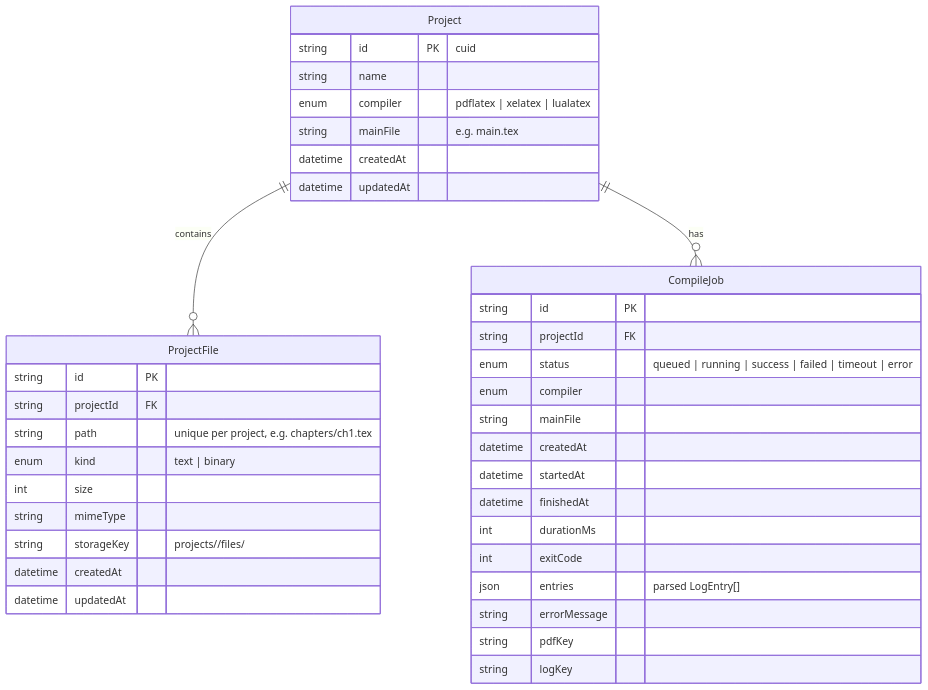
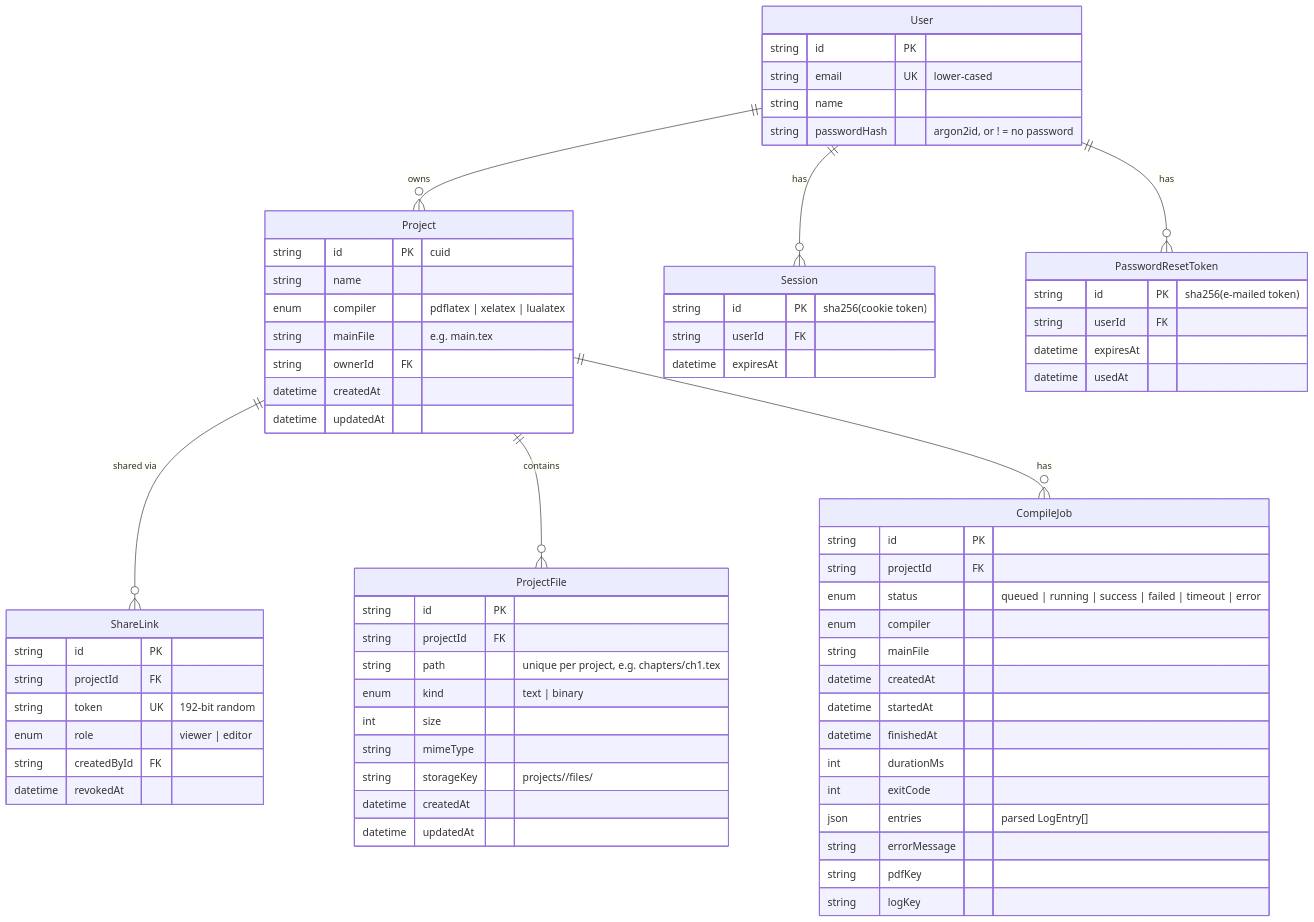
Before and after one commit to toshpolatovbehruz749-blip/Oversells: the second of 3 diagrams in PLAN.md, drawn with Mermaid. The commit also changed other lines of this file and 2 other files, not shown here.

````diff
--- a/PLAN.md
+++ b/PLAN.md
@@ -63,40 +63,70 @@
 ```mermaid
 erDiagram
+  User ||--o{ Project : owns
+  User ||--o{ Session : has
+  User ||--o{ PasswordResetToken : has
+  Project ||--o{ ShareLink : "shared via"
   Project ||--o{ ProjectFile : contains
   Project ||--o{ CompileJob : has
+  User {
+    string id PK
+    string email UK "lower-cased"
+    string name
+    string passwordHash "argon2id, or ! = no password"
+  }
+  Session {
+    string id PK "sha256(cookie token)"
+    string userId FK
+    datetime expiresAt
+  }
+  PasswordResetToken {
+    string id PK "sha256(e-mailed token)"
+    string userId FK
+    datetime expiresAt
+    datetime usedAt
+  }
+  ShareLink {
+    string id PK
+    string projectId FK
+    string token UK "192-bit random"
+    enum role "viewer | editor"
+    string createdById FK
+    datetime revokedAt
+  }
   Project {
     string id PK "cuid"
     string name
     enum compiler "pdflatex | xelatex | lualatex"
     string mainFile "e.g. main.tex"
+    string ownerId FK
     datetime createdAt
     datetime updatedAt
   }
   ProjectFile {
     string id PK
     string projectId FK
     string path "unique per project, e.g. chapters/ch1.tex"
     enum kind "text | binary"
     int size
     string mimeType
     string storageKey "projects/<pid>/files/<fid>"
     datetime createdAt
     datetime updatedAt
   }
   CompileJob {
     string id PK
     string projectId FK
     enum status "queued | running | success | failed | timeout | error"
     enum compiler
     string mainFile
     datetime createdAt
     datetime startedAt
     datetime finishedAt
     int durationMs
     int exitCode
     json entries "parsed LogEntry[]"
     string errorMessage
     string pdfKey
     string logKey
   }
 ```
````
